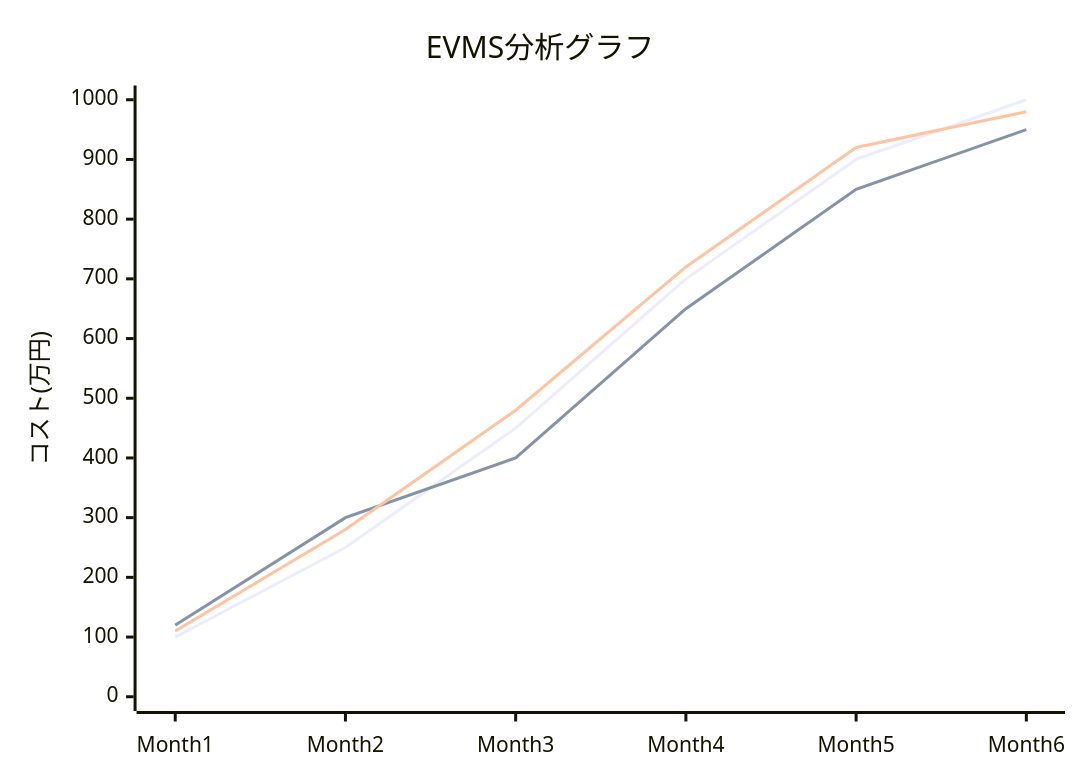
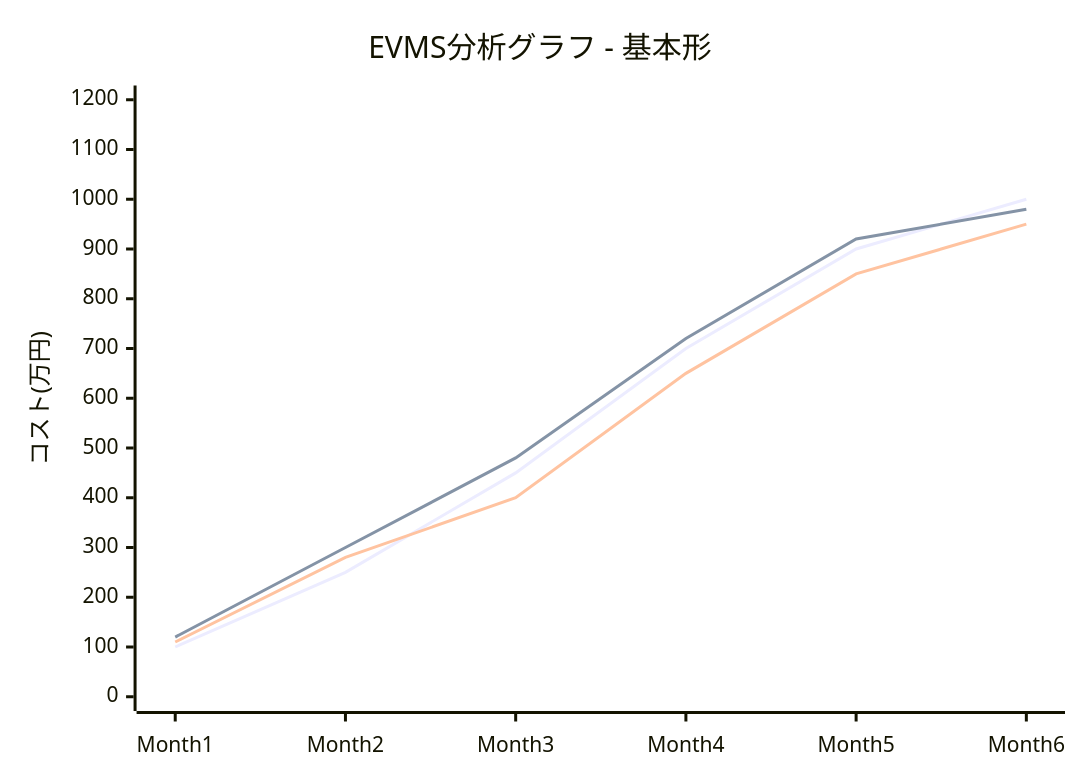
One commit to shimamorieiki/smec_study changed diagram 11 of 12 in プロジェクト進捗管理について.md. Above: the diagram before and after it, drawn with Mermaid. The commit also changed other lines of this file, not shown here.

````diff
--- a/プロジェクト進捗管理について.md
+++ b/プロジェクト進捗管理について.md
@@ -264,9 +724,9 @@
 ```mermaid
 xychart-beta
-    title "EVMS分析グラフ"
+    title "EVMS分析グラフ - 基本形"
     x-axis [Month1, Month2, Month3, Month4, Month5, Month6]
-    y-axis "コスト(万円)" 0 --> 1000
+    y-axis "コスト(万円)" 0 --> 1200
     line [100, 250, 450, 700, 900, 1000]
-    line [120, 300, 400, 650, 850, 950]
-    line [110, 280, 480, 720, 920, 980]
+    line [120, 300, 480, 720, 920, 980]
+    line [110, 280, 400, 650, 850, 950]
 ```
````
